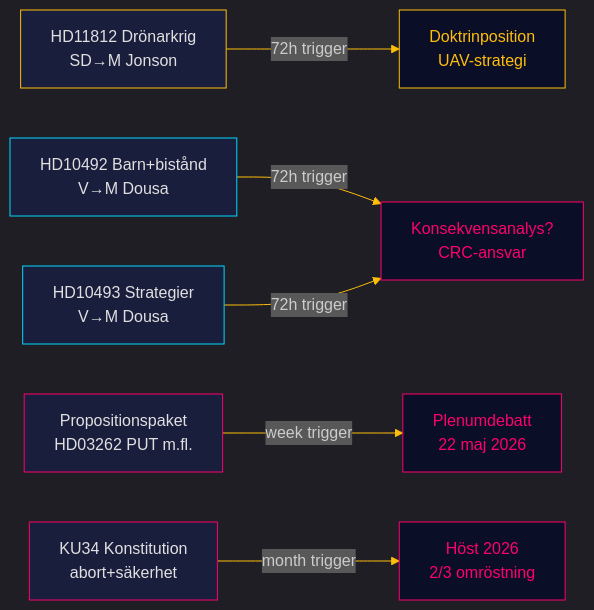
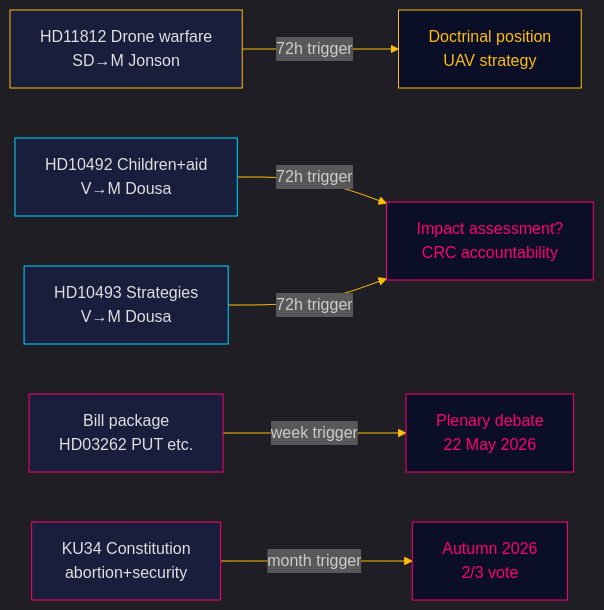
One commit to Hack23/riksdagsmonitor changed the diagram in analysis/daily/2026-05-15/realtime-pulse/executive-brief.md. Above: the diagram before and after it, drawn with Mermaid. The commit also changed other lines of this file and 6 other files, not shown here.

````diff
--- a/analysis/daily/2026-05-15/realtime-pulse/executive-brief.md
+++ b/analysis/daily/2026-05-15/realtime-pulse/executive-brief.md
@@ -36,18 +36,18 @@
 ```mermaid
 %%{init: {"theme": "dark", "themeVariables": {"primaryColor": "#00d9ff", "primaryTextColor": "#e0e0e0", "primaryBorderColor": "#ff006e", "lineColor": "#ffbe0b", "background": "#0a0e27", "mainBkg": "#1a1e3d", "nodeBorder": "#00d9ff"}}}%%
 graph LR
-    A[HD11812 Drönarkrig<br/>SD→M Jonson] -->|72h trigger| B[Doktrinposition<br/>UAV-strategi]
-    C[HD10492 Barn+bistånd<br/>V→M Dousa] -->|72h trigger| D[Konsekvensanalys?<br/>CRC-ansvar]
-    E[HD10493 Strategier<br/>V→M Dousa] -->|72h trigger| D
-    F[Propositionspaket<br/>HD03262 PUT m.fl.] -->|week trigger| G[Plenumdebatt<br/>22 maj 2026]
-    H[KU34 Konstitution<br/>abort+säkerhet] -->|month trigger| I[Höst 2026<br/>2/3 omröstning]
+    A[HD11812 Drone warfare<br/>SD→M Jonson] -->|72h trigger| B[Doctrinal position<br/>UAV strategy]
+    C[HD10492 Children+aid<br/>V→M Dousa] -->|72h trigger| D[Impact assessment?<br/>CRC accountability]
+    E[HD10493 Strategies<br/>V→M Dousa] -->|72h trigger| D
+    F[Bill package<br/>HD03262 PUT etc.] -->|week trigger| G[Plenary debate<br/>22 May 2026]
+    H[KU34 Constitution<br/>abortion+security] -->|month trigger| I[Autumn 2026<br/>2/3 vote]
     style A fill:#1a1e3d,stroke:#ffbe0b,color:#e0e0e0
     style C fill:#1a1e3d,stroke:#00d9ff,color:#e0e0e0
     style E fill:#1a1e3d,stroke:#00d9ff,color:#e0e0e0
     style F fill:#1a1e3d,stroke:#ff006e,color:#e0e0e0
     style H fill:#1a1e3d,stroke:#ff006e,color:#e0e0e0
     style B fill:#0a0e27,stroke:#ffbe0b,color:#ffbe0b
     style D fill:#0a0e27,stroke:#ff006e,color:#ff006e
     style G fill:#0a0e27,stroke:#ff006e,color:#ff006e
     style I fill:#0a0e27,stroke:#ff006e,color:#ff006e
 ```
````
